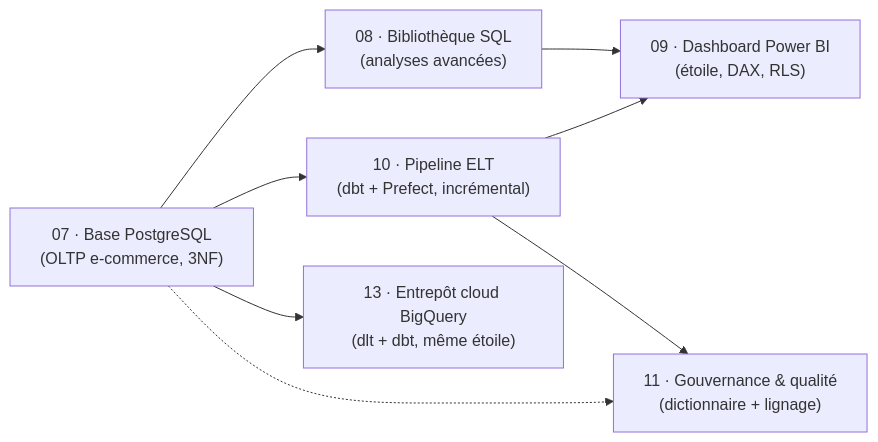
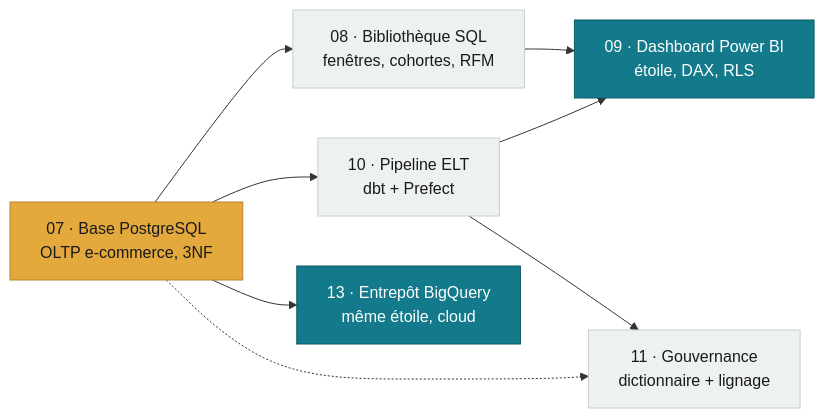
One commit to valentinratigniet-byte/valentinratigniet-byte changed the first of 2 diagrams in README.md. Above: the diagram before and after it, drawn with Mermaid. The commit also changed other lines of this file, not shown here.

First line of the commit message:
docs: refonte complete du profil - badges, diagrammes, concepts expliques, bonnes pratiques

````diff
--- a/README.md
+++ b/README.md
@@ -10,15 +34,23 @@
 ```mermaid
 flowchart LR
-    P07["07 · Base PostgreSQL<br/>(OLTP e-commerce, 3NF)"]
-    P08["08 · Bibliothèque SQL<br/>(analyses avancées)"]
-    P09["09 · Dashboard Power BI<br/>(étoile, DAX, RLS)"]
-    P10["10 · Pipeline ELT<br/>(dbt + Prefect, incrémental)"]
-    P11["11 · Gouvernance & qualité<br/>(dictionnaire + lignage)"]
-    P13["13 · Entrepôt cloud BigQuery<br/>(dlt + dbt, même étoile)"]
+    classDef petrol fill:#137A8B,color:#fff,stroke:#0d5964,stroke-width:1px
+    classDef ambre fill:#E4A93C,color:#1a1a1a,stroke:#b8822b,stroke-width:1px
+    classDef neutre fill:#eef1f2,color:#1a1a1a,stroke:#c7cdd0,stroke-width:1px
+
+    P07["07 · Base PostgreSQL<br/>OLTP e-commerce, 3NF"]
+    P08["08 · Bibliothèque SQL<br/>fenêtres, cohortes, RFM"]
+    P09["09 · Dashboard Power BI<br/>étoile, DAX, RLS"]
+    P10["10 · Pipeline ELT<br/>dbt + Prefect"]
+    P11["11 · Gouvernance<br/>dictionnaire + lignage"]
+    P13["13 · Entrepôt BigQuery<br/>même étoile, cloud"]
 
     P07 --> P08 --> P09
     P07 --> P10 --> P09
     P10 --> P11
     P07 -.-> P11
     P07 --> P13
+
+    class P07 ambre
+    class P09,P13 petrol
+    class P08,P10,P11 neutre
 ```
````
